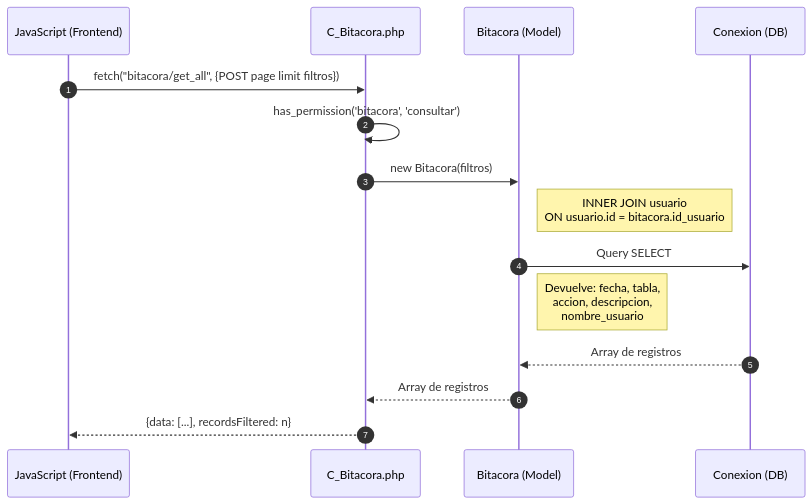
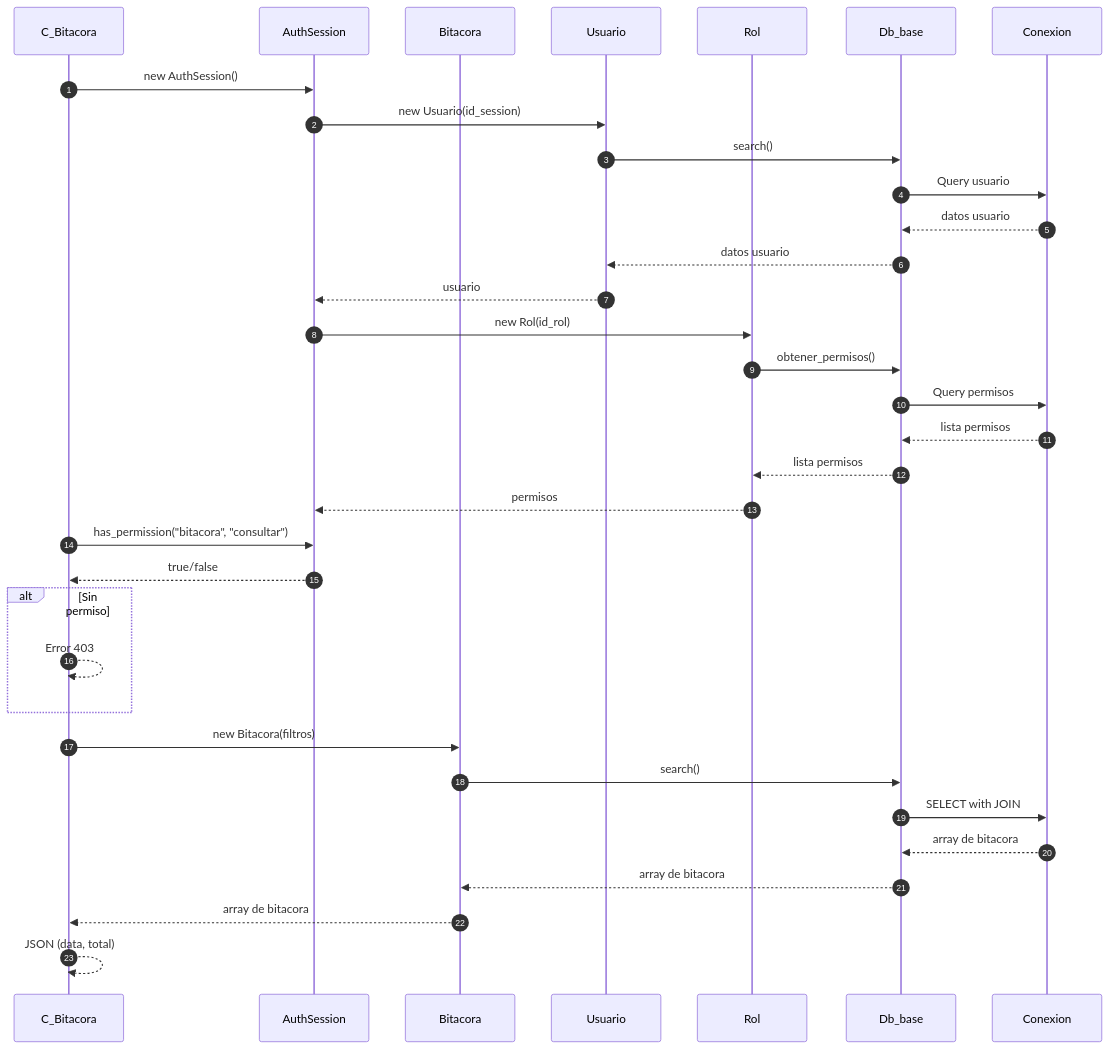
Before and after one commit to Tecrato/BurgerHouse: the first of 3 diagrams in docs/secuencia/bitacora/bitacora.md, drawn with Mermaid. The commit also changed other lines of this file and 13 other files, not shown here.

First line of the commit message:
diagramas actualizaos

````diff
--- a/docs/secuencia/bitacora/bitacora.md
+++ b/docs/secuencia/bitacora/bitacora.md
@@ -26,22 +5,42 @@
 ```mermaid
 sequenceDiagram
     autonumber
-    participant JS as JavaScript (Frontend)
-    participant C_Bitacora as C_Bitacora.php
-    participant Bitacora as Bitacora (Model)
-    participant DB as Conexion (DB)
+    participant C_Bitacora as C_Bitacora
+    participant AuthSession as AuthSession
+    participant Bitacora as Bitacora
+    participant Usuario as Usuario
+    participant Rol as Rol
+    participant Db_base as Db_base
+    participant Conexion as Conexion
     
-    JS->>C_Bitacora: fetch("bitacora/get_all", {POST page limit filtros})
+    C_Bitacora->>AuthSession: new AuthSession()
+    AuthSession->>Usuario: new Usuario(id_session)
+    Usuario->>Db_base: search()
+    Db_base->>Conexion: Query usuario
+    Conexion-->>Db_base: datos usuario
+    Db_base-->>Usuario: datos usuario
+    Usuario-->>AuthSession: usuario
     
-    C_Bitacora->>C_Bitacora: has_permission('bitacora', 'consultar')
+    AuthSession->>Rol: new Rol(id_rol)
+    Rol->>Db_base: obtener_permisos()
+    Db_base->>Conexion: Query permisos
+    Conexion-->>Db_base: lista permisos
+    Db_base-->>Rol: lista permisos
+    Rol-->>AuthSession: permisos
+    
+    C_Bitacora->>AuthSession: has_permission("bitacora", "consultar")
+    AuthSession-->>C_Bitacora: true/false
+    
+    alt Sin permiso
+        C_Bitacora-->>C_Bitacora: Error 403
+    end
     
     C_Bitacora->>Bitacora: new Bitacora(filtros)
+    Bitacora->>Db_base: search()
+    Db_base->>Conexion: SELECT with JOIN
+    Conexion-->>Db_base: array de bitacora
+    Db_base-->>Bitacora: array de bitacora
+    Bitacora-->>C_Bitacora: array de bitacora
     
-    Note right of Bitacora: INNER JOIN usuario<br/>ON usuario.id = bitacora.id_usuario
-    Bitacora->>DB: Query SELECT
-    Note right of Bitacora: Devuelve: fecha, tabla,<br/>accion, descripcion,<br/>nombre_usuario
-    DB-->>Bitacora: Array de registros
-    Bitacora-->>C_Bitacora: Array de registros
-    
-    C_Bitacora-->>JS: {data: [...], recordsFiltered: n}
+    C_Bitacora-->>C_Bitacora: JSON (data, total)
 ```
````
